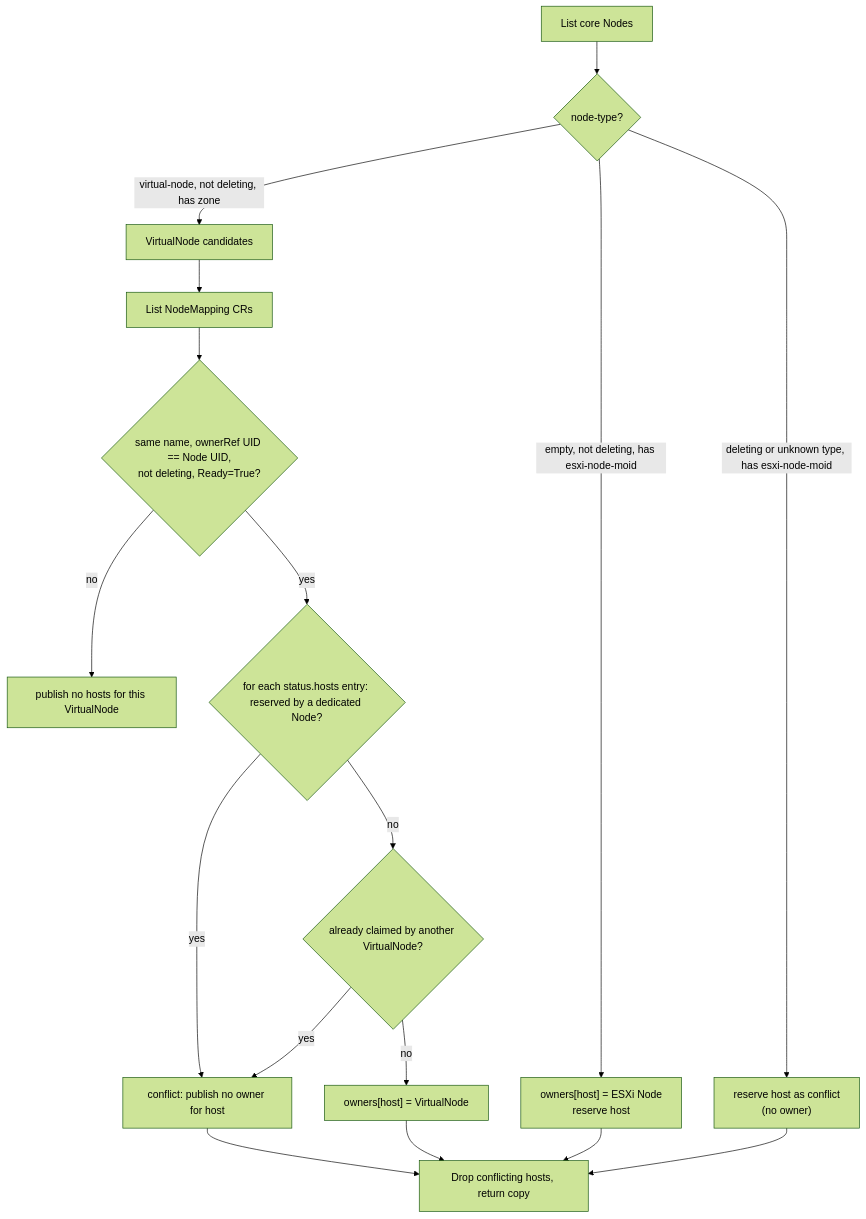
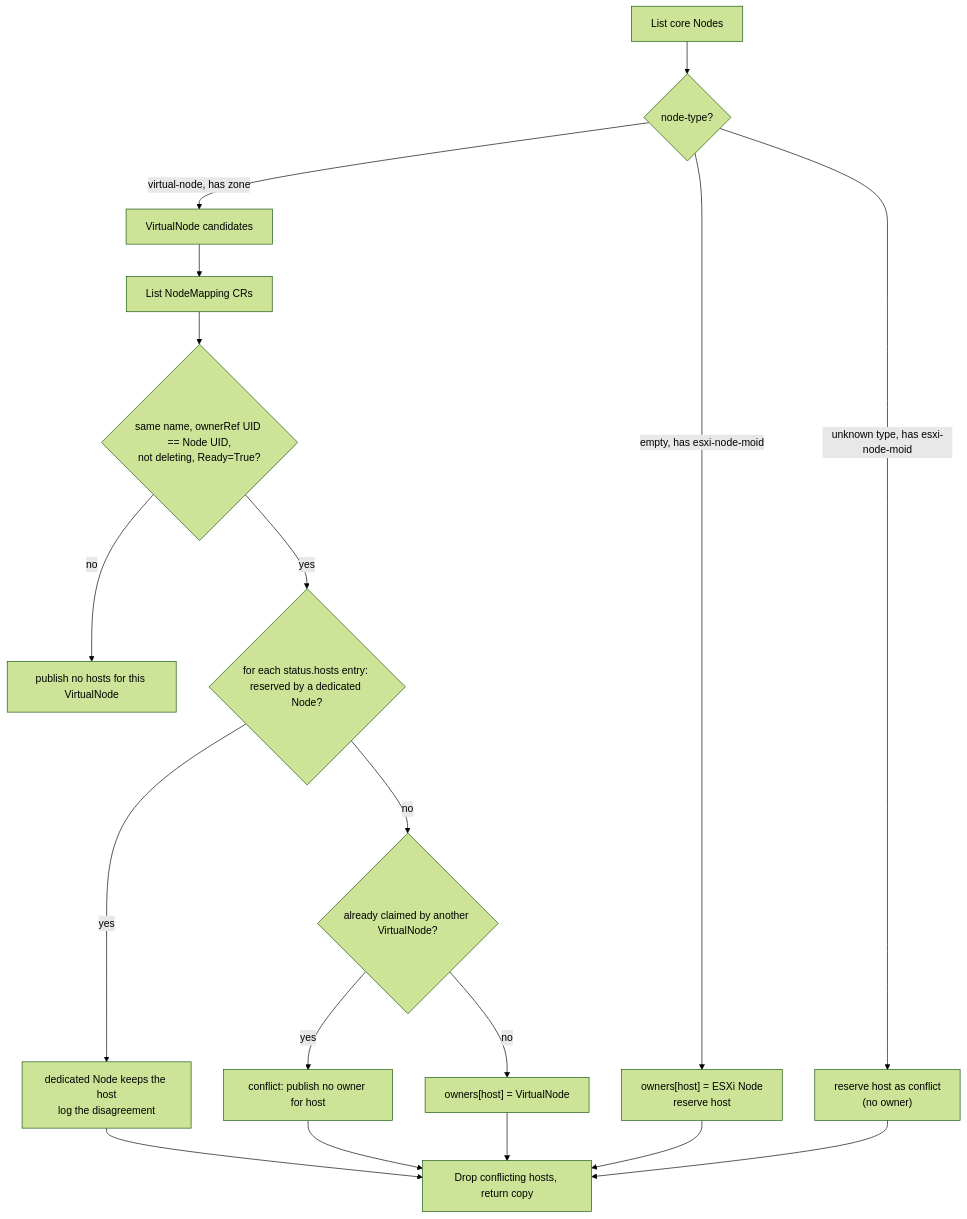
The first of 5 diagrams in spec/podvmv2-changes-for-zonal-volume/design.md (kubernetes-sigs/vsphere-csi-driver), drawn with Mermaid (forest theme) before and after one commit. The commit also changed other lines of this file and 2 other files, not shown here.

First line of the commit message:
Address review: keep the live host owner, and retry the NodeMapping client

````diff
--- a/spec/podvmv2-changes-for-zonal-volume/design.md
+++ b/spec/podvmv2-changes-for-zonal-volume/design.md
@@ -180,19 +180,20 @@
 ```mermaid
 flowchart TD
     A[List core Nodes] --> B{node-type?}
-    B -- "virtual-node, not deleting, has zone" --> V[VirtualNode candidates]
-    B -- "empty, not deleting, has esxi-node-moid" --> D["owners[host] = ESXi Node<br/>reserve host"]
-    B -- "deleting or unknown type, has esxi-node-moid" --> R["reserve host as conflict<br/>(no owner)"]
+    B -- "virtual-node, has zone" --> V[VirtualNode candidates]
+    B -- "empty, has esxi-node-moid" --> D["owners[host] = ESXi Node<br/>reserve host"]
+    B -- "unknown type, has esxi-node-moid" --> R["reserve host as conflict<br/>(no owner)"]
     V --> H[List NodeMapping CRs]
     H --> E{"same name, ownerRef UID == Node UID,<br/>not deleting, Ready=True?"}
     E -- no --> X[publish no hosts for this VirtualNode]
     E -- yes --> L{for each status.hosts entry: reserved by a dedicated Node?}
-    L -- yes --> K["conflict: publish no owner for host"]
+    L -- yes --> W["dedicated Node keeps the host<br/>log the disagreement"]
     L -- no --> U{already claimed by another VirtualNode?}
-    U -- yes --> K
+    U -- yes --> K["conflict: publish no owner for host"]
     U -- no --> O["owners[host] = VirtualNode"]
     D --> M[Drop conflicting hosts, return copy]
     R --> M
     O --> M
     K --> M
+    W --> M
 ```
````
